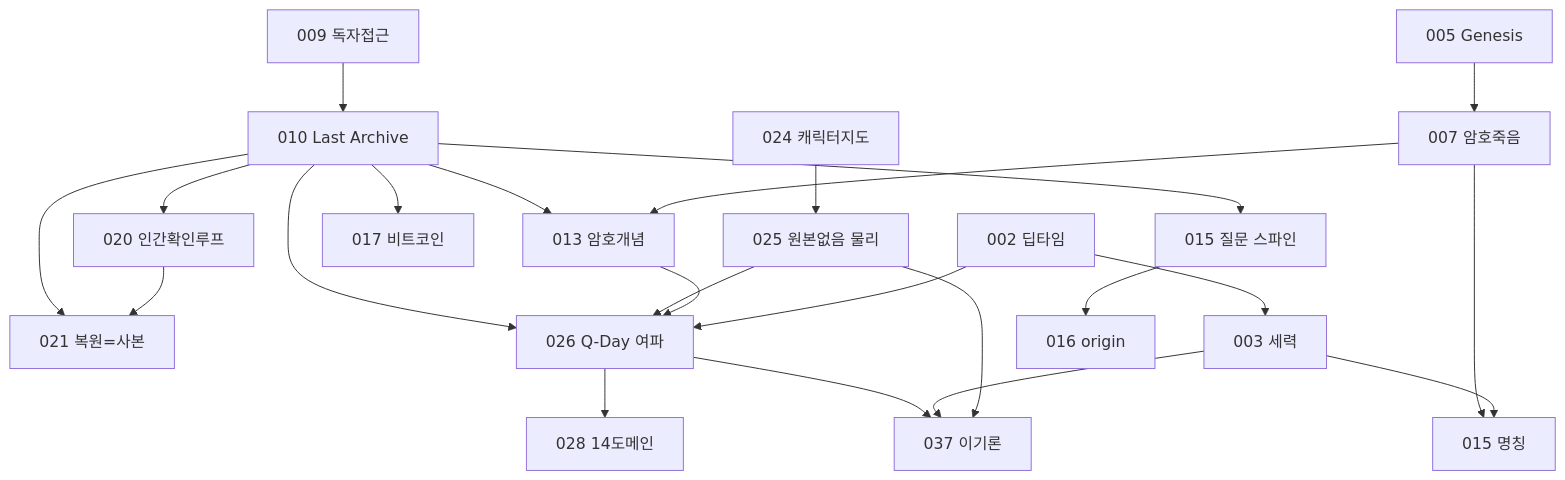
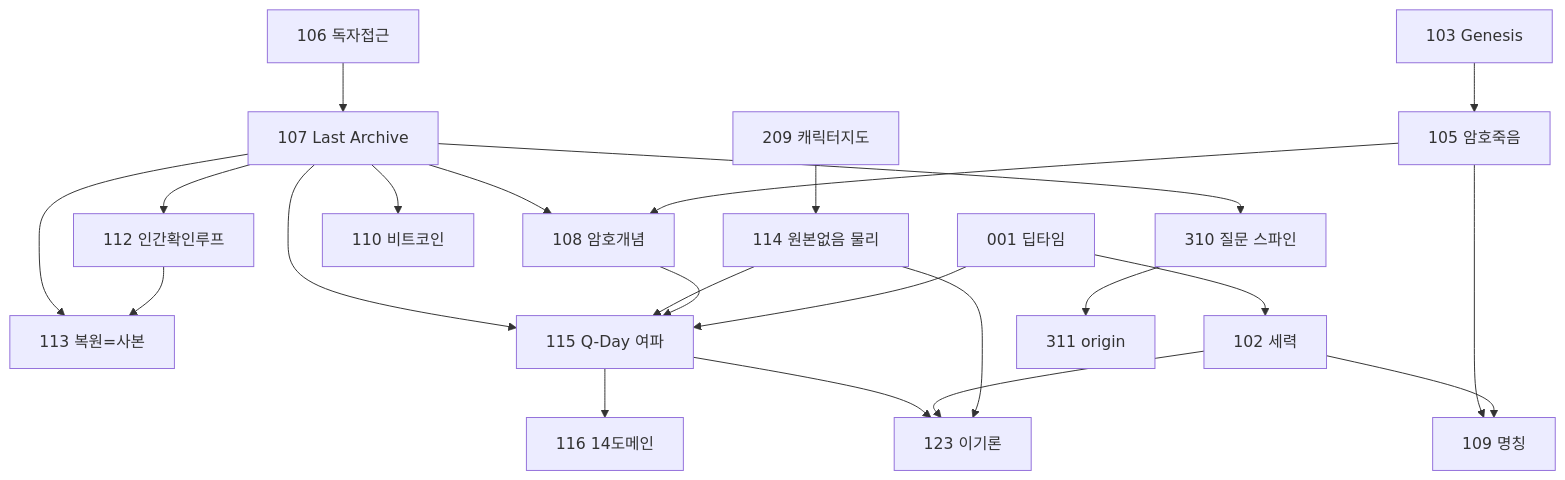
The diagram in docs/wiki/fiction/10_universes/qfuds-verse/00_continuity/900_worldbuilding_architecture_ko.md (baksohyeon/QFUDS), drawn with Mermaid before and after one commit. The commit also changed other lines of this file and 226 other files, not shown here.

````diff
--- a/docs/wiki/fiction/10_universes/qfuds-verse/00_continuity/900_worldbuilding_architecture_ko.md
+++ b/docs/wiki/fiction/10_universes/qfuds-verse/00_continuity/900_worldbuilding_architecture_ko.md
@@ -258,43 +258,43 @@
 ```mermaid
 graph TD
-  N025[025 원본없음 물리]
-  N021[021 복원=사본]
-  N010[010 Last Archive]
-  N026[026 Q-Day 여파]
-  N028[028 14도메인]
-  N003[003 세력]
-  N015[015 명칭]
-  N002[002 딥타임]
-  N007[007 암호죽음]
-  N013[013 암호개념]
-  N017[017 비트코인]
-  N009[009 독자접근]
-  N020[020 인간확인루프]
-  N024[024 캐릭터지도]
-  N037[037 이기론]
-  Q015[015 질문 스파인]
-  Q016[016 origin]
+  N114[114 원본없음 물리]
+  N113[113 복원=사본]
+  N107[107 Last Archive]
+  N115[115 Q-Day 여파]
+  N116[116 14도메인]
+  N102[102 세력]
+  N109[109 명칭]
+  N001[001 딥타임]
+  N105[105 암호죽음]
+  N108[108 암호개념]
+  N110[110 비트코인]
+  N106[106 독자접근]
+  N112[112 인간확인루프]
+  N209[209 캐릭터지도]
+  N123[123 이기론]
+  Q109[310 질문 스파인]
+  Q205[311 origin]
 
-  N010 --> N026
-  N025 --> N026
-  N013 --> N026
-  N002 --> N026
-  N026 --> N028
-  N026 --> N037
-  N003 --> N037
-  N025 --> N037
-  N010 --> N020
-  N010 --> N017
-  N010 --> N013
-  N007 --> N013
-  N005A[005 Genesis] --> N007
-  N009 --> N010
-  N010 --> N021
-  N020 --> N021
-  N002 --> N003
-  N007 --> N015
-  N003 --> N015
-  N024 --> N025
-  Q015 --> Q016
-  N010 --> Q015
+  N107 --> N115
+  N114 --> N115
+  N108 --> N115
+  N001 --> N115
+  N115 --> N116
+  N115 --> N123
+  N102 --> N123
+  N114 --> N123
+  N107 --> N112
+  N107 --> N110
+  N107 --> N108
+  N105 --> N108
+  N103A[103 Genesis] --> N105
+  N106 --> N107
+  N107 --> N113
+  N112 --> N113
+  N001 --> N102
+  N105 --> N109
+  N102 --> N109
+  N209 --> N114
+  Q109 --> Q205
+  N107 --> Q109
 ```
````
